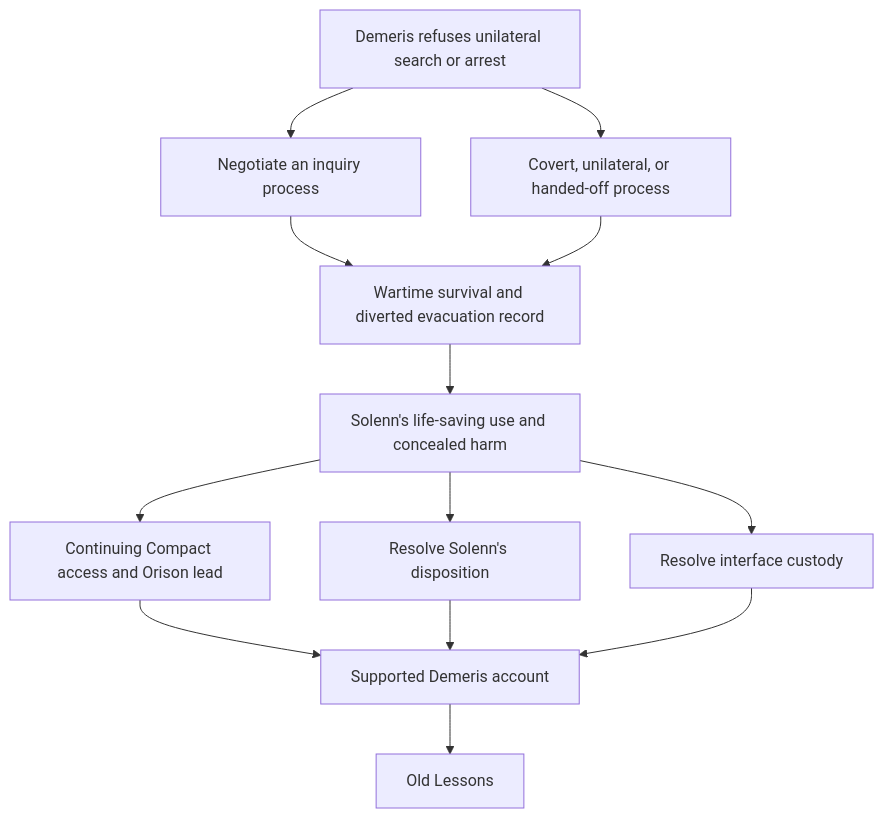
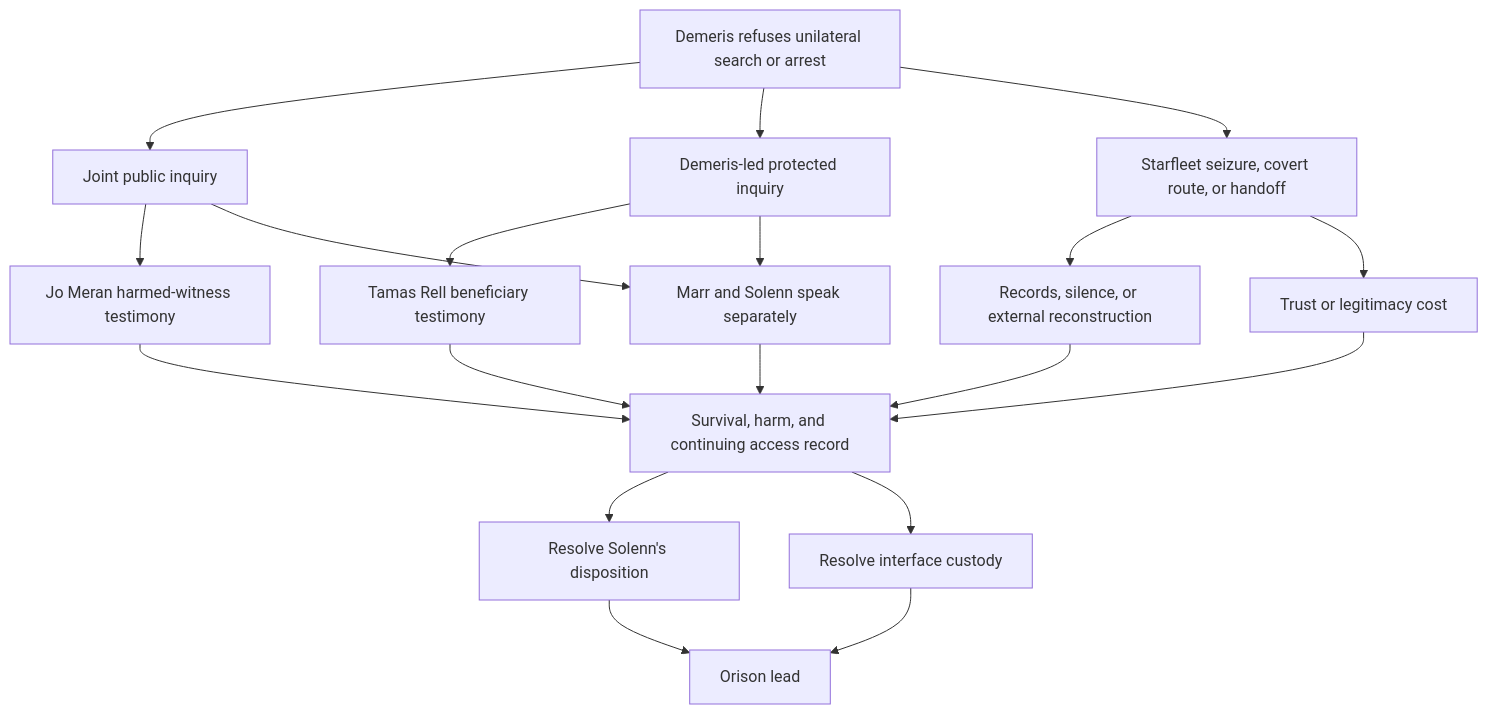
The seventh of 14 diagrams in docs/authoring/ASHES_OF_PEACE_ENRICHMENT.md (MentallyQuill/Directive), drawn with Mermaid before and after one commit. The commit also changed other lines of this file and 4 other files, not shown here.

Commit message:
feat: deepen Demeris witness agency

````diff
--- a/docs/authoring/ASHES_OF_PEACE_ENRICHMENT.md
+++ b/docs/authoring/ASHES_OF_PEACE_ENRICHMENT.md
@@ -373,15 +373,21 @@
 ```mermaid
 flowchart TD
-    A[Demeris refuses unilateral search or arrest] --> B[Negotiate an inquiry process]
-    A --> C[Covert, unilateral, or handed-off process]
-    B --> D[Wartime survival and diverted evacuation record]
-    C --> D
-    D --> E[Solenn's life-saving use and concealed harm]
-    E --> F[Continuing Compact access and Orison lead]
-    E --> G[Resolve Solenn's disposition]
-    E --> H[Resolve interface custody]
-    F --> I[Supported Demeris account]
-    G --> I
-    H --> I
-    I --> J[Old Lessons]
+    A[Demeris refuses unilateral search or arrest] --> B[Joint public inquiry]
+    A --> C[Demeris-led protected inquiry]
+    A --> D[Starfleet seizure, covert route, or handoff]
+    B --> E[Jo Meran harmed-witness testimony]
+    C --> F[Tamas Rell beneficiary testimony]
+    D --> G[Records, silence, or external reconstruction]
+    B --> H[Marr and Solenn speak separately]
+    C --> H
+    D --> I[Trust or legitimacy cost]
+    E --> J[Survival, harm, and continuing access record]
+    F --> J
+    G --> J
+    H --> J
+    I --> J
+    J --> K[Resolve Solenn's disposition]
+    J --> L[Resolve interface custody]
+    K --> M[Orison lead]
+    L --> M
 ```
````
